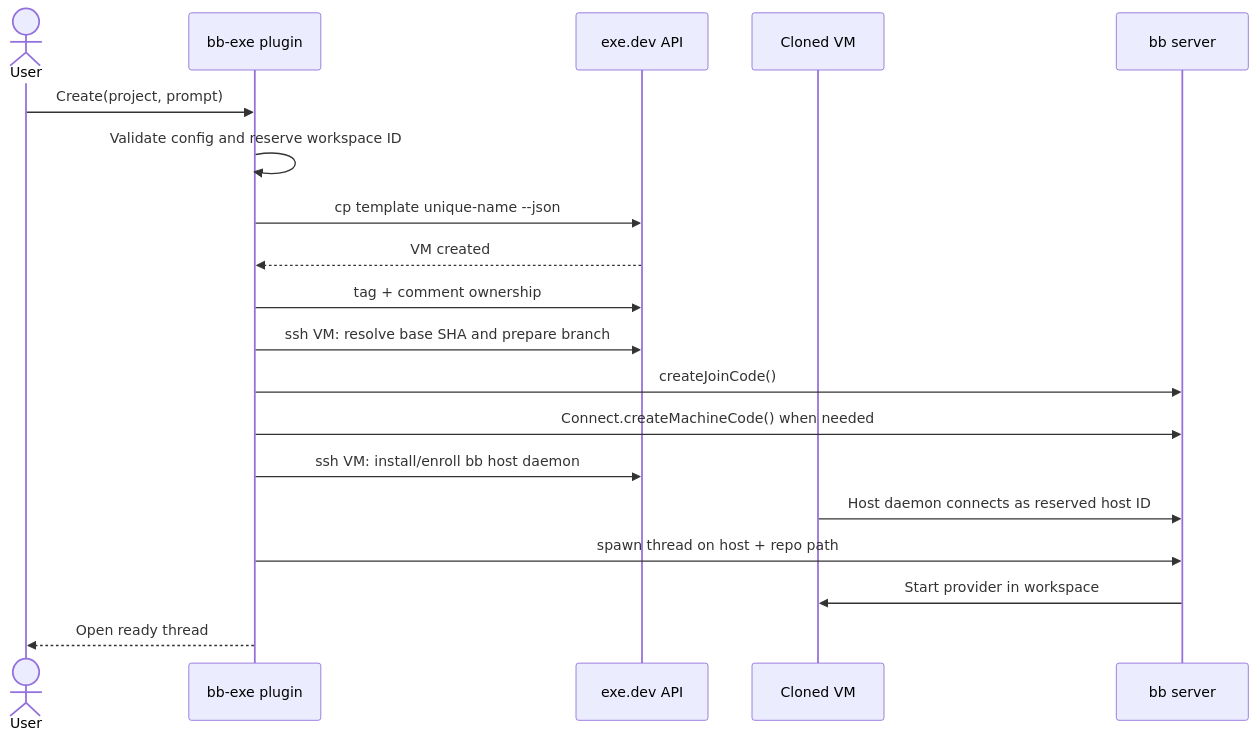
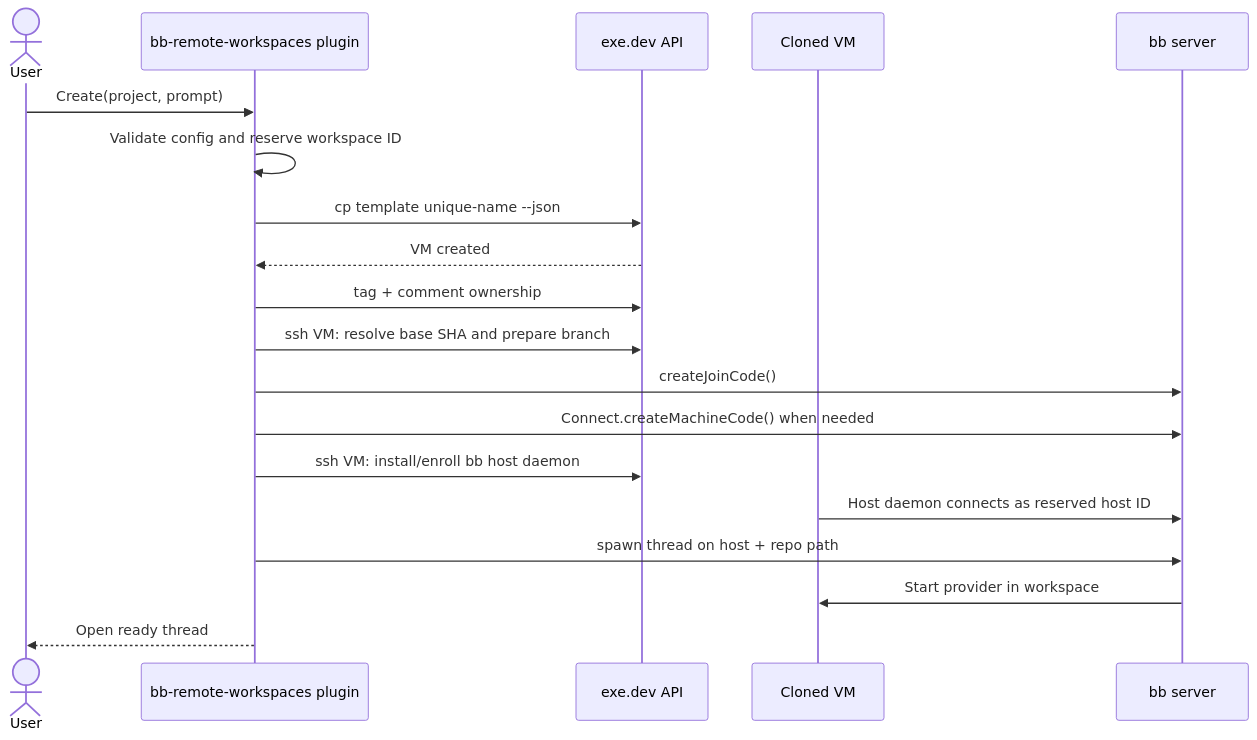
Before and after one commit to bjacobso/bb-remote-workspaces: the diagram in SPEC.md, drawn with Mermaid. The commit also changed other lines of this file and 28 other files, not shown here.

Commit message:
Rename to bb-remote-workspaces and add Exe and Amika providers

````diff
--- a/SPEC.md
+++ b/SPEC.md
@@ -312,22 +328,22 @@
 ```mermaid
 sequenceDiagram
   actor U as User
-  participant P as bb-exe plugin
+  participant P as bb-remote-workspaces plugin
   participant X as exe.dev API
   participant V as Cloned VM
   participant B as bb server
 
   U->>P: Create(project, prompt)
   P->>P: Validate config and reserve workspace ID
   P->>X: cp template unique-name --json
   X-->>P: VM created
   P->>X: tag + comment ownership
   P->>X: ssh VM: resolve base SHA and prepare branch
   P->>B: createJoinCode()
   P->>B: Connect.createMachineCode() when needed
   P->>X: ssh VM: install/enroll bb host daemon
   V->>B: Host daemon connects as reserved host ID
   P->>B: spawn thread on host + repo path
   B->>V: Start provider in workspace
   P-->>U: Open ready thread
 ```
````
